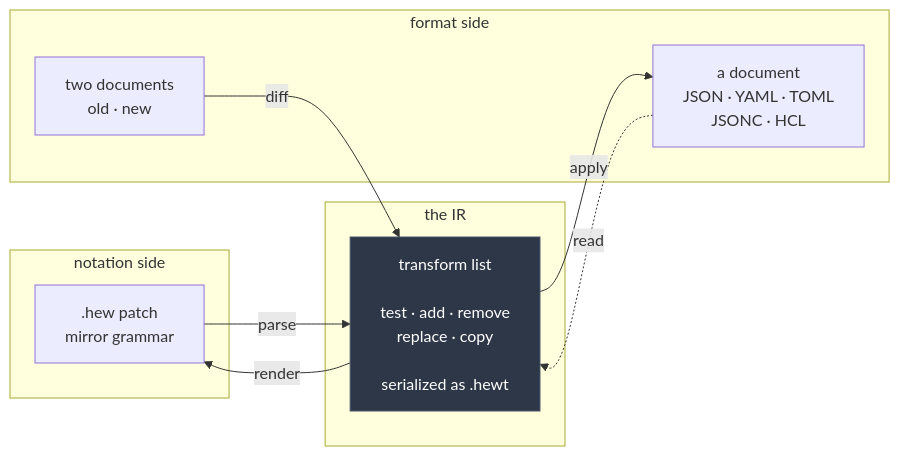
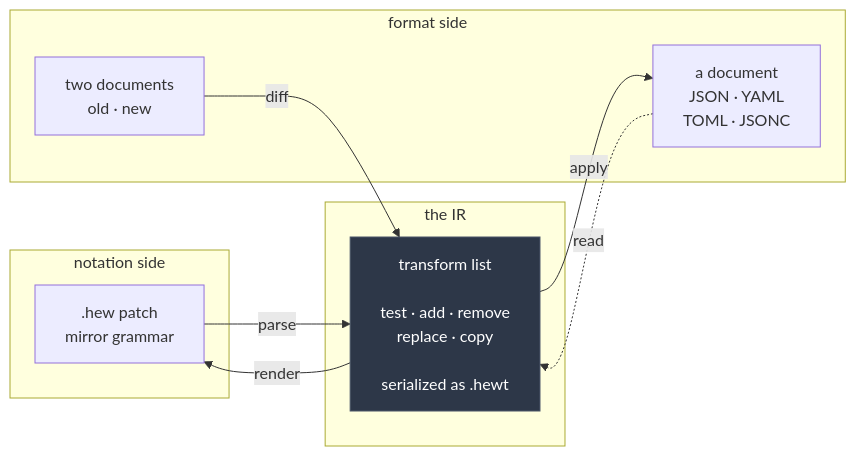
Before and after one commit to benjaminabbitt/hew: the diagram in website/src/content/docs/architecture.md, drawn with Mermaid. The commit also changed 9 other files, not shown here.

````diff
--- a/website/src/content/docs/architecture.md
+++ b/website/src/content/docs/architecture.md
@@ -10,24 +10,24 @@
 ```mermaid
 flowchart LR
     subgraph notation ["notation side"]
         HEW[".hew patch<br/>mirror grammar"]
     end
 
     subgraph ir ["the IR"]
         TL["transform list<br/><br/>test · add · remove<br/>replace · copy<br/><br/>serialized as .hewt"]
     end
 
     subgraph format ["format side"]
         DOCS["two documents<br/>old · new"]
-        FILE["a document<br/>JSON · YAML · TOML<br/>JSONC · HCL"]
+        FILE["a document<br/>JSON · YAML<br/>TOML · JSONC"]
     end
 
     HEW -->|"parse"| TL
     TL -->|"render"| HEW
     DOCS -->|"diff"| TL
     TL -->|"apply"| FILE
     FILE -.->|"read"| TL
 
     classDef irNode fill:#2d3748,stroke:#4a5568,color:#fff
     class TL irNode
 ```
````
